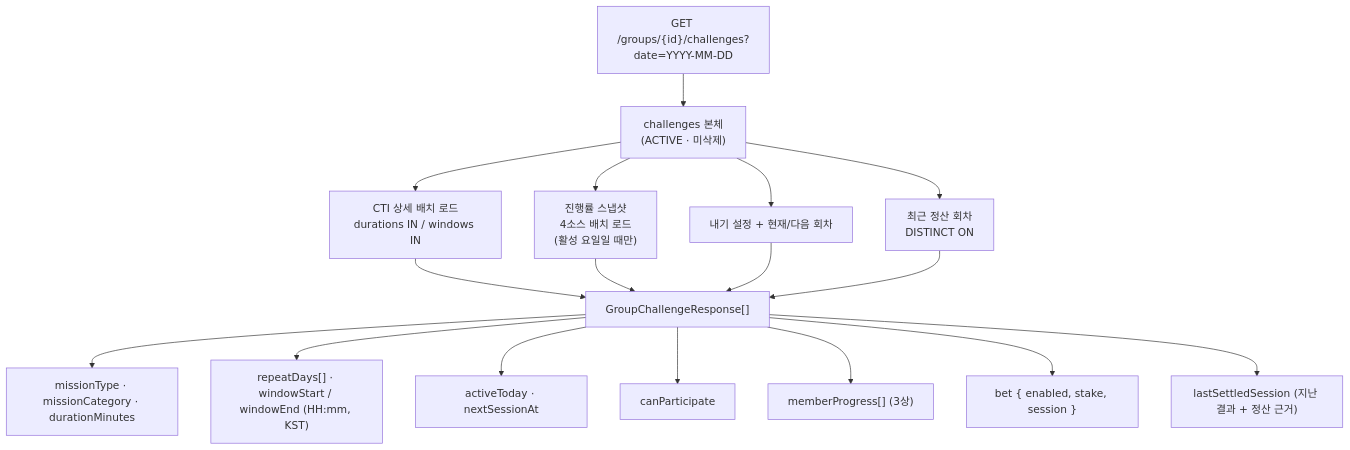
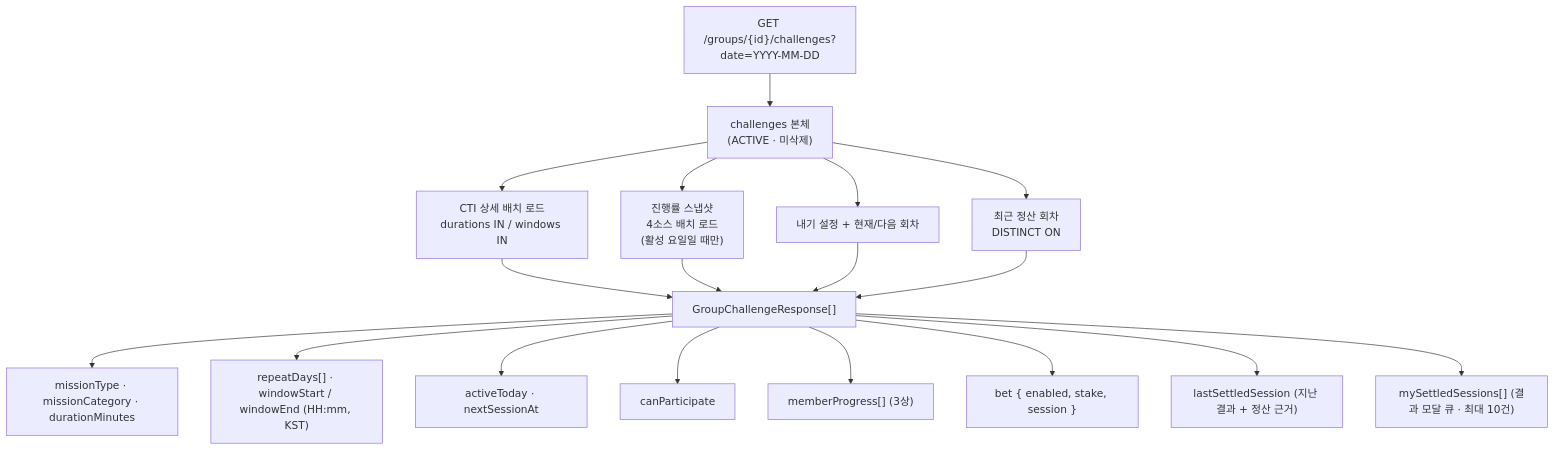
Before and after one commit to OneOrThree/phone: the seventh of 11 diagrams in docs/prd/challenge/information-architecture.md, drawn with Mermaid. The commit also changed other lines of this file and 5 other files, not shown here.

````diff
--- a/docs/prd/challenge/information-architecture.md
+++ b/docs/prd/challenge/information-architecture.md
@@ -327,18 +327,19 @@
 ```mermaid
 flowchart TB
     REQ["GET /groups/{id}/challenges?date=YYYY-MM-DD"] --> R1["challenges 본체<br/>(ACTIVE · 미삭제)"]
     R1 --> R2["CTI 상세 배치 로드<br/>durations IN / windows IN"]
     R1 --> R3["진행률 스냅샷<br/>4소스 배치 로드<br/>(활성 요일일 때만)"]
     R1 --> R4["내기 설정 + 현재/다음 회차"]
     R1 --> R5["최근 정산 회차<br/>DISTINCT ON"]
 
     R2 & R3 & R4 & R5 --> OUT["GroupChallengeResponse[]"]
 
     OUT --> F1["missionType · missionCategory · durationMinutes"]
     OUT --> F2["repeatDays[] · windowStart / windowEnd (HH:mm, KST)"]
     OUT --> F3["activeToday · nextSessionAt"]
     OUT --> F4["canParticipate"]
     OUT --> F5["memberProgress[] (3상)"]
     OUT --> F6["bet { enabled, stake, session }"]
     OUT --> F7["lastSettledSession (지난 결과 + 정산 근거)"]
+    OUT --> F8["mySettledSessions[] (결과 모달 큐 · 최대 10건)"]
 ```
````
